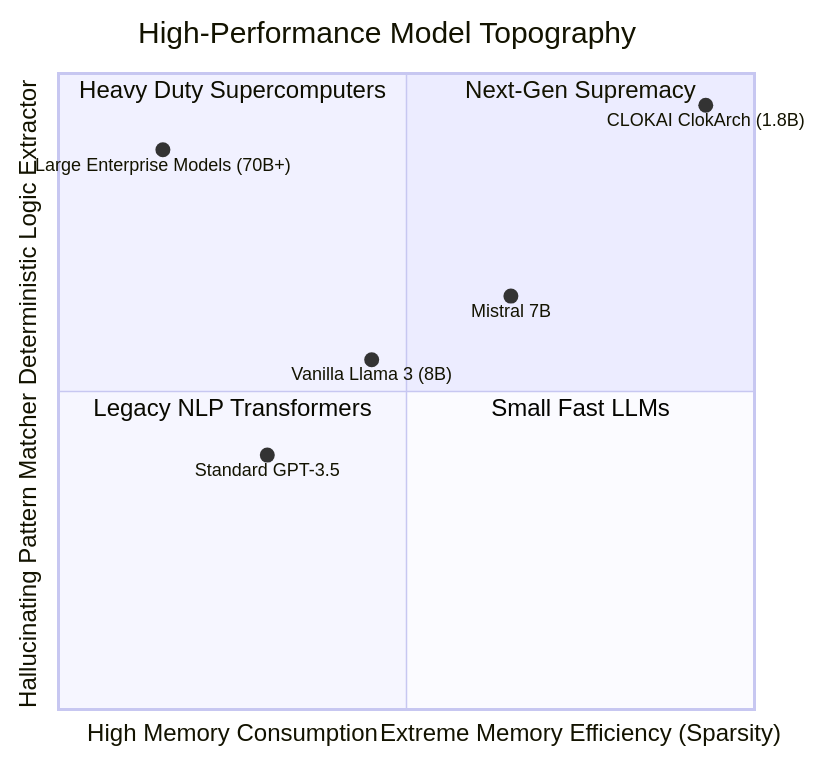
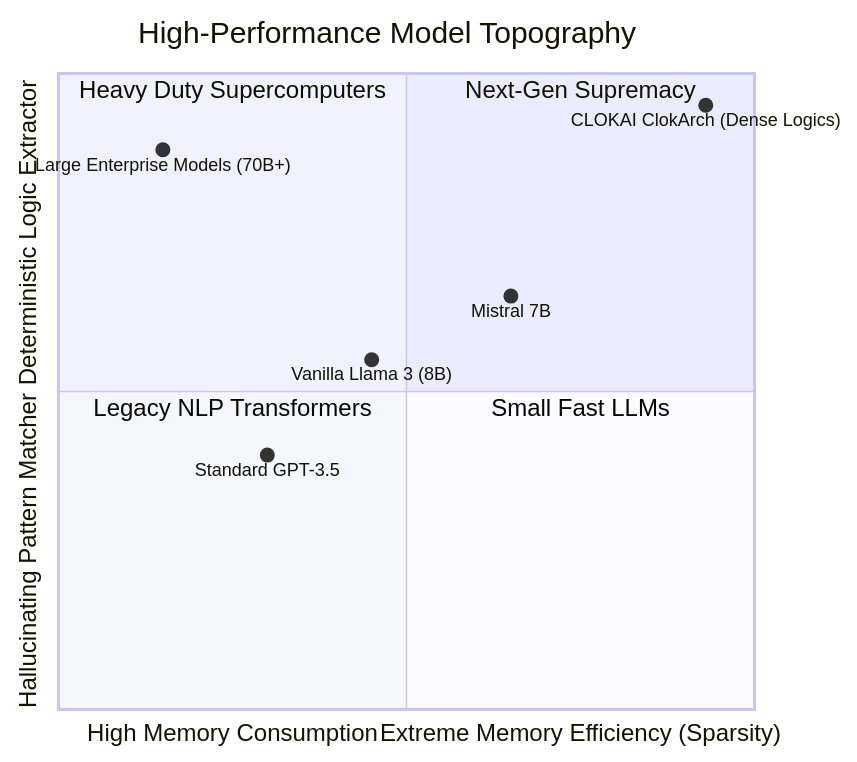
Before and after one commit to clokai/clokai: the fourth of 4 diagrams in v3.md, drawn with Mermaid. The commit also changed other lines of this file, not shown here.

````diff
--- a/v3.md
+++ b/v3.md
@@ -263,16 +263,16 @@
 ```mermaid
 quadrantChart
     title High-Performance Model Topography
     x-axis "High Memory Consumption" --> "Extreme Memory Efficiency (Sparsity)"
     y-axis "Hallucinating Pattern Matcher" --> "Deterministic Logic Extractor"
     quadrant-1 "Next-Gen Supremacy"
     quadrant-2 "Heavy Duty Supercomputers"
     quadrant-3 "Legacy NLP Transformers"
     quadrant-4 "Small Fast LLMs"
     
     "Vanilla Llama 3 (8B)": [0.45, 0.55]
     "Standard GPT-3.5": [0.30, 0.40]
     "Mistral 7B": [0.65, 0.65]
-    "CLOKAI ClokArch (1.8B)": [0.93, 0.95]
+    "CLOKAI ClokArch (Dense Logics)": [0.93, 0.95]
     "Large Enterprise Models (70B+)": [0.15, 0.88]
 ```
````
